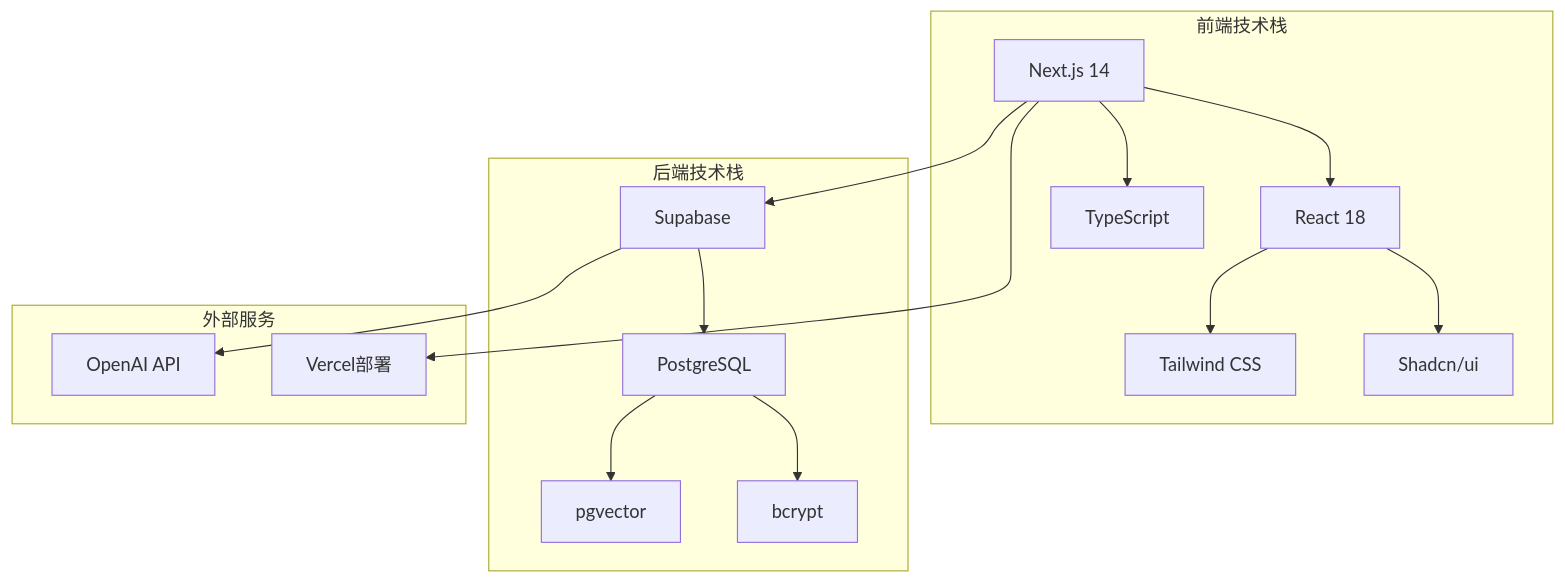
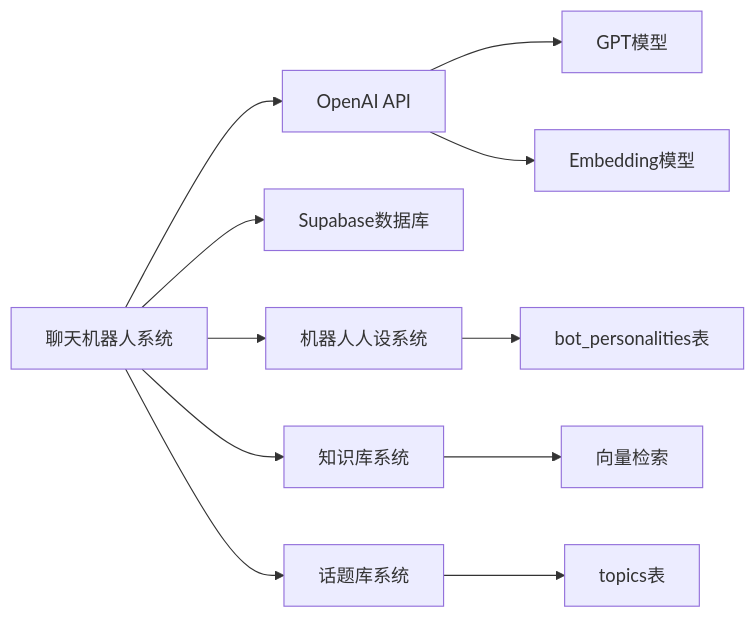
The second of 2 diagrams in @Docs/FeatureMap.md (tsz-yiu-wong/chat-bot-panel), drawn with Mermaid before and after one commit. The commit also changed other lines of this file and 19 other files, not shown here.

````diff
--- a/@Docs/FeatureMap.md
+++ b/@Docs/FeatureMap.md
@@ -414,35 +292,15 @@
 ```mermaid
-graph TB
-    subgraph "前端技术栈"
-        A[Next.js 14]
-        B[React 18]
-        C[TypeScript]
-        D[Tailwind CSS]
-        E[Shadcn/ui]
-    end
+graph LR
+    A[聊天机器人系统] --> B[OpenAI API]
+    A --> C[Supabase数据库]
+    A --> D[机器人人设系统]
+    A --> E[知识库系统]
+    A --> F[话题库系统]
     
-    subgraph "后端技术栈"
-        F[Supabase]
-        G[PostgreSQL]
-        H[pgvector]
-        I[bcrypt]
-    end
+    B --> B1[GPT模型]
+    B --> B2[Embedding模型]
     
-    subgraph "外部服务"
-        J[OpenAI API]
-        K[Vercel部署]
-    end
-    
-    A --> B
-    A --> C
-    B --> D
-    B --> E
-    
-    F --> G
-    G --> H
-    G --> I
-    
-    A --> F
-    F --> J
-    A --> K
+    D --> D1[bot_personalities表]
+    E --> E1[向量检索]
+    F --> F1[topics表]
 ```
````
